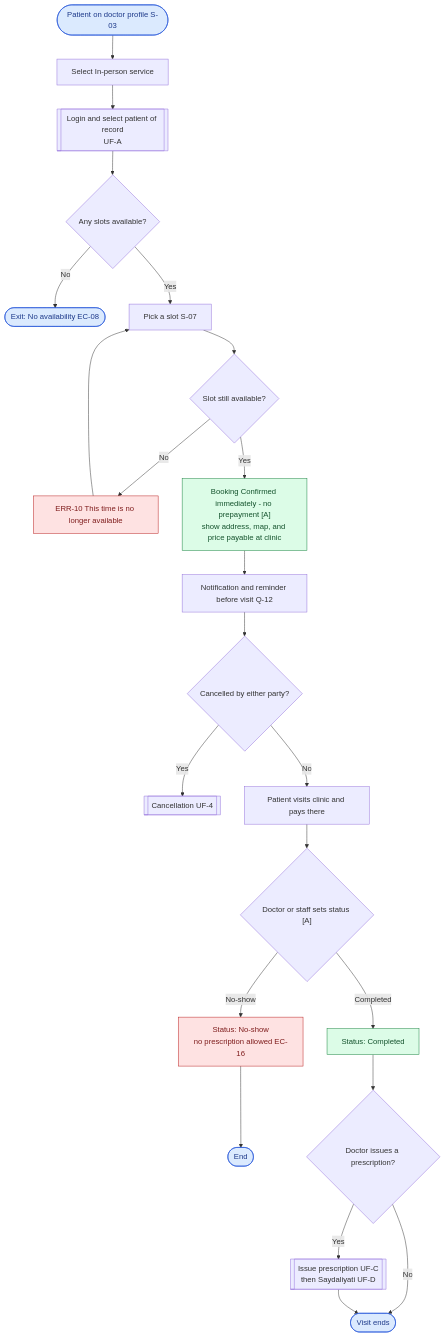
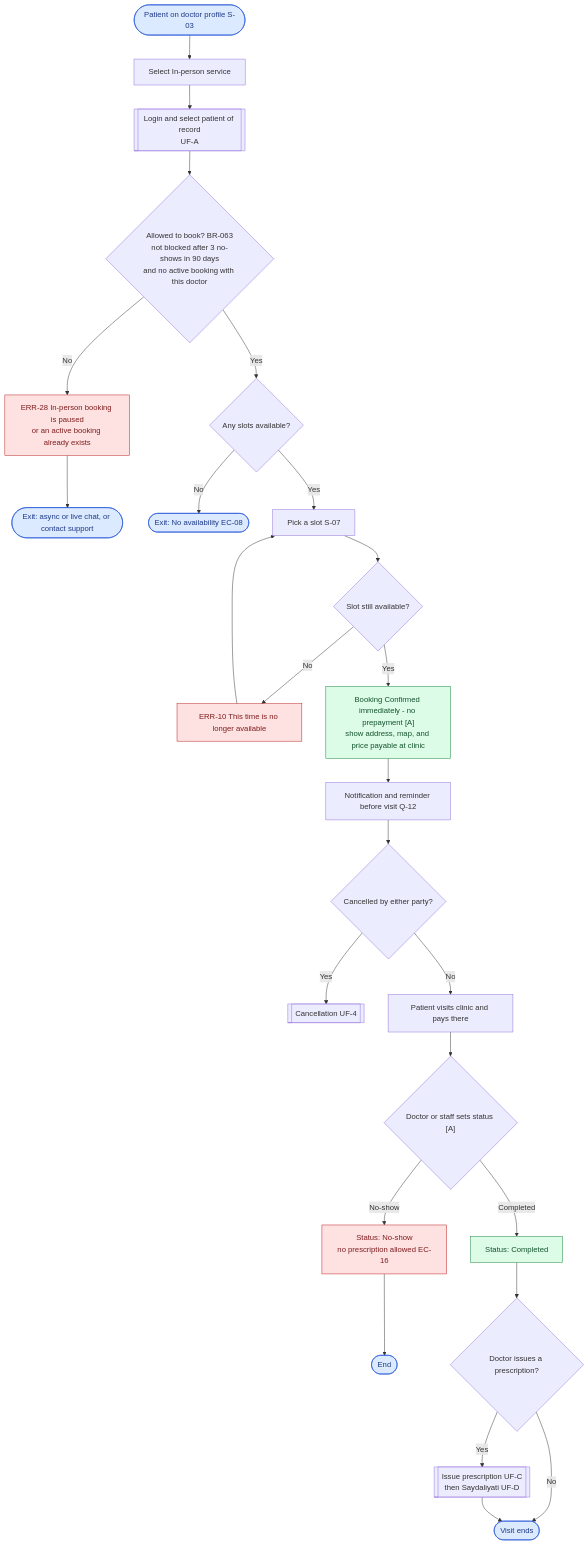
One commit to foxamoca/iltiam changed the fifth of 12 diagrams in docs/user-flow.md. Above: the diagram before and after it, drawn with Mermaid. The commit also changed other lines of this file and 6 other files, not shown here.

Commit message:
docs: update PRD (Arabic + PDFs), user flows and UI/UX to v1.1

````diff
--- a/docs/user-flow.md
+++ b/docs/user-flow.md
@@ -327,31 +338,34 @@
 ```mermaid
 flowchart TD
     START(["Patient on doctor profile S-03"]) --> SVC["Select In-person service"]
     SVC --> AUTHQ[["Login and select patient of record<br/>UF-A"]]
-    AUTHQ --> AVAIL{"Any slots available?"}
+    AUTHQ --> NSB{"Allowed to book? BR-063<br/>not blocked after 3 no-shows in 90 days<br/>and no active booking with this doctor"}
+    NSB -->|"No"| ERR28["ERR-28 In-person booking is paused<br/>or an active booking already exists"]
+    ERR28 --> NSBX(["Exit: async or live chat, or contact support"])
+    NSB -->|"Yes"| AVAIL{"Any slots available?"}
     AVAIL -->|"No"| NOAV(["Exit: No availability EC-08"])
     AVAIL -->|"Yes"| SLOT["Pick a slot S-07"]
     SLOT --> FREE{"Slot still available?"}
     FREE -->|"No"| ERR10["ERR-10 This time is no longer available"]
     ERR10 --> SLOT
     FREE -->|"Yes"| CONF["Booking Confirmed immediately - no prepayment [A]<br/>show address, map, and price payable at clinic"]
     CONF --> REM["Notification and reminder before visit Q-12"]
     REM --> CANQ{"Cancelled by either party?"}
     CANQ -->|"Yes"| CANF[["Cancellation UF-4"]]
     CANQ -->|"No"| VISIT["Patient visits clinic and pays there"]
     VISIT --> MARK{"Doctor or staff sets status [A]"}
     MARK -->|"No-show"| NS["Status: No-show<br/>no prescription allowed EC-16"]
     NS --> NSX(["End"])
     MARK -->|"Completed"| DONEV["Status: Completed"]
     DONEV --> RX{"Doctor issues a prescription?"}
     RX -->|"Yes"| RXF[["Issue prescription UF-C<br/>then Saydaliyati UF-D"]]
     RX -->|"No"| DONE(["Visit ends"])
     RXF --> DONE
 
     classDef entry fill:#dbeafe,stroke:#1d4ed8,color:#1e3a8a
     classDef success fill:#dcfce7,stroke:#15803d,color:#14532d
     classDef error fill:#fee2e2,stroke:#b91c1c,color:#7f1d1d
-    class START,NOAV,NSX,DONE entry
+    class START,NOAV,NSX,NSBX,DONE entry
     class CONF,DONEV success
-    class ERR10,NS error
+    class ERR10,NS,ERR28 error
 ```
````
